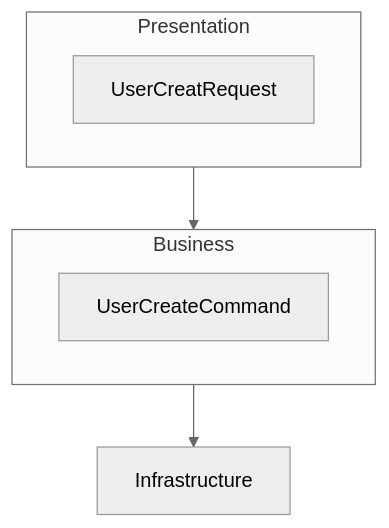
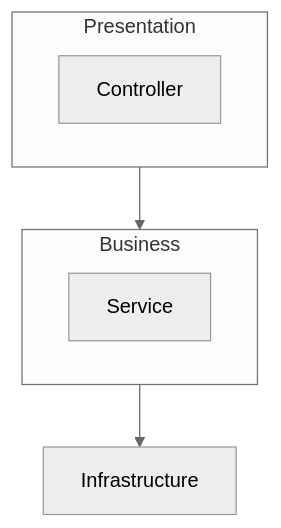
Before and after one commit to kkminseok/Book: the first of 2 diagrams in spring/자바-스프링 개발자를 위한 실용주의 프로그래밍/8. 레이어드 아키텍처.md, drawn with Mermaid (neutral theme). The commit also changed other lines of this file, not shown here.

````diff
--- a/spring/자바-스프링 개발자를 위한 실용주의 프로그래밍/8. 레이어드 아키텍처.md
+++ b/spring/자바-스프링 개발자를 위한 실용주의 프로그래밍/8. 레이어드 아키텍처.md
@@ -7,11 +7,11 @@
 ```mermaid
 flowchart TD
     subgraph Presentation
-    UserCreatRequest
+    Controller
     end
     Presentation --> Business
     subgraph Business
-    UserCreateCommand
+    Service
     end    
     Business --> C[Infrastructure]
 ```
````
